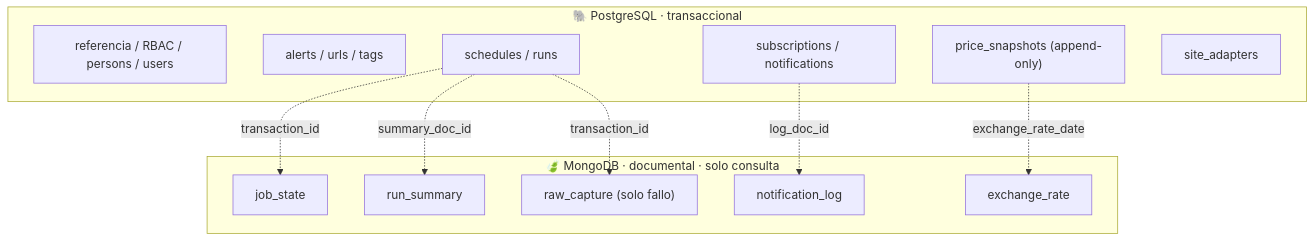
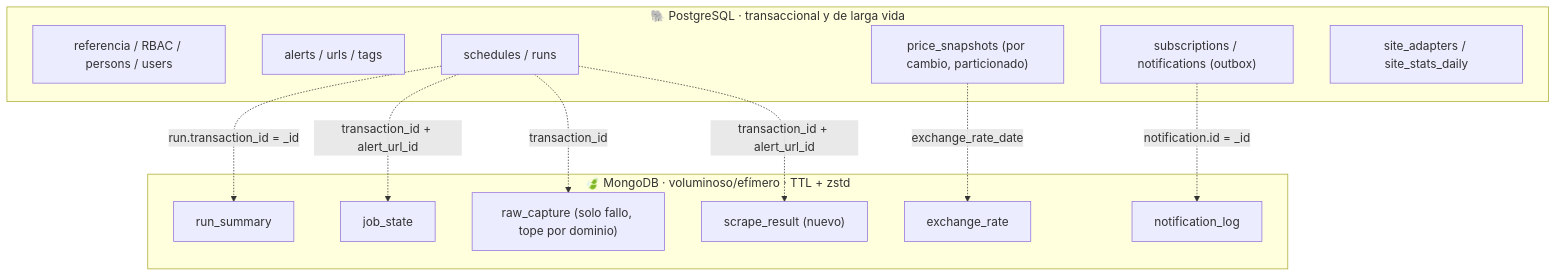
The first of 5 diagrams in docs/03-modelo-datos.md (vida-I-found-it/architecture), drawn with Mermaid before and after one commit. The commit also changed other lines of this file and 16 other files, not shown here.

````diff
--- a/docs/03-modelo-datos.md
+++ b/docs/03-modelo-datos.md
@@ -19,23 +28,25 @@
 ```mermaid
 graph TB
-    subgraph PG["🐘 PostgreSQL · transaccional"]
+    subgraph PG["🐘 PostgreSQL · transaccional y de larga vida"]
         A1["referencia / RBAC / persons / users"]
         A2["alerts / urls / tags"]
         A3["schedules / runs"]
-        A4["price_snapshots (append-only)"]
-        A5["subscriptions / notifications"]
-        A6["site_adapters"]
+        A4["price_snapshots (por cambio, particionado)"]
+        A5["subscriptions / notifications (outbox)"]
+        A6["site_adapters / site_stats_daily"]
     end
-    subgraph NOSQL["🍃 MongoDB · documental · solo consulta"]
+    subgraph NOSQL["🍃 MongoDB · voluminoso/efímero · TTL + zstd"]
         B1["job_state"]
         B2["run_summary"]
-        B3["raw_capture (solo fallo)"]
+        B3["raw_capture (solo fallo, tope por dominio)"]
         B4["notification_log"]
         B5["exchange_rate"]
+        B6["scrape_result (nuevo)"]
     end
-    A3 -.->|"summary_doc_id"| B2
-    A3 -.->|"transaction_id"| B1
+    A3 -.->|"run.transaction_id = _id"| B2
+    A3 -.->|"transaction_id + alert_url_id"| B1
     A3 -.->|"transaction_id"| B3
-    A5 -.->|"log_doc_id"| B4
+    A3 -.->|"transaction_id + alert_url_id"| B6
+    A5 -.->|"notification.id = _id"| B4
     A4 -.->|"exchange_rate_date"| B5
 ```
````
